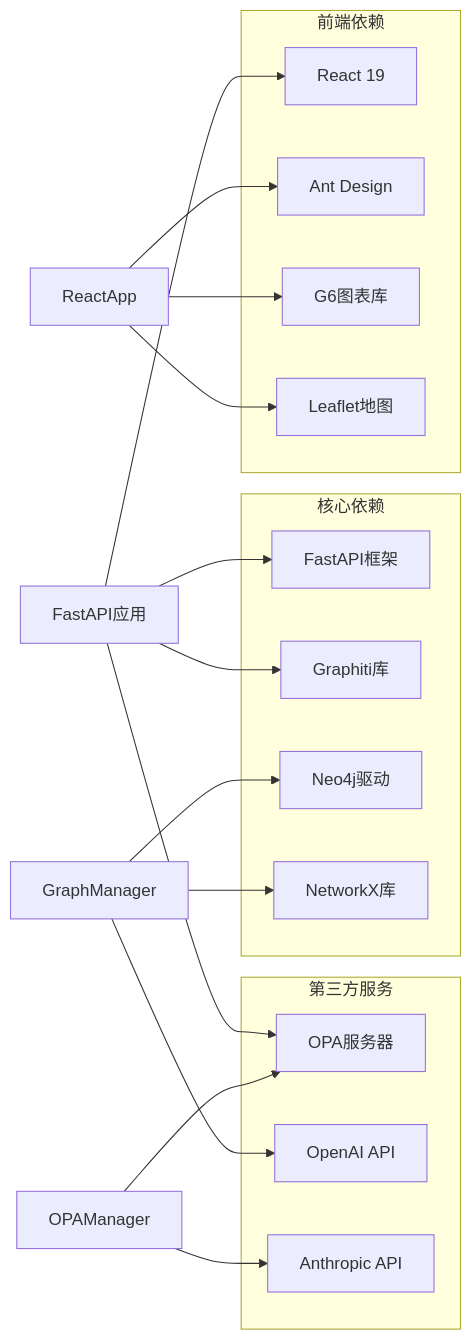
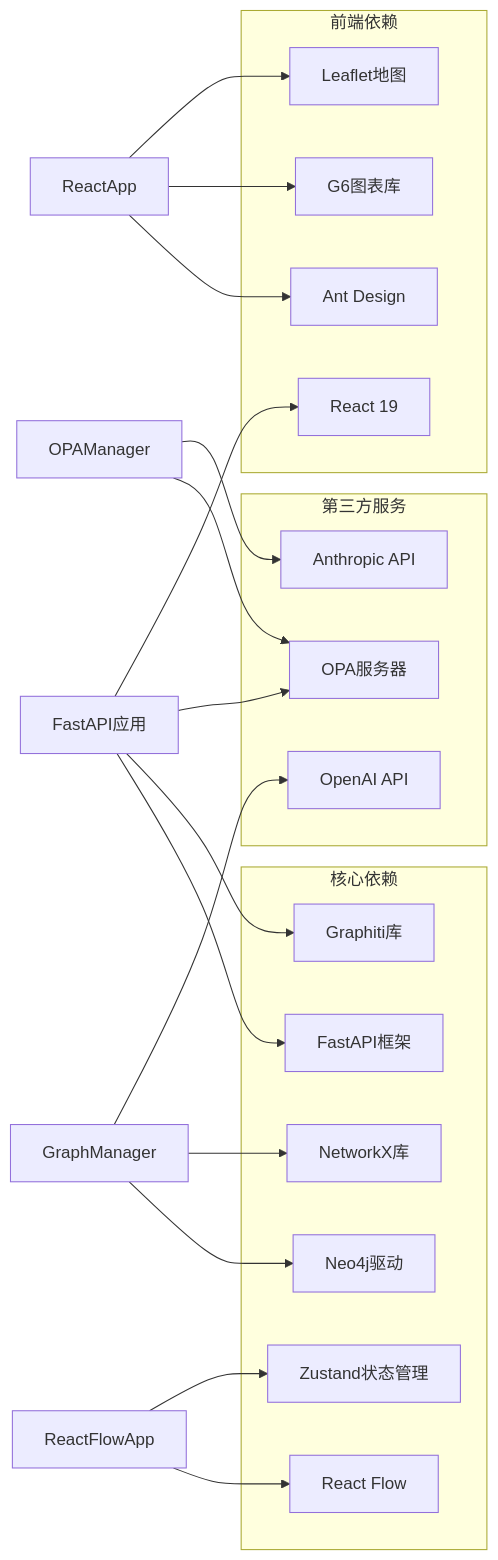
Diagram 11 of 11 in .qoder/repowiki/zh/content/核心模块/核心领域模块/本体管理系统/本体设计器系统.md (inier/ontology-graphiti), drawn with Mermaid before and after one commit. The commit also changed other lines of this file and 7 other files, not shown here.

First line of the commit message:
fix: 策略编辑器移除审计日志Tab + 业务规则归入语义地图

````diff
--- a/.qoder/repowiki/zh/content/核心模块/核心领域模块/本体管理系统/本体设计器系统.md
+++ b/.qoder/repowiki/zh/content/核心模块/核心领域模块/本体管理系统/本体设计器系统.md
@@ -325,32 +478,36 @@
 ```mermaid
 graph LR
 subgraph "核心依赖"
 FastAPI[FastAPI框架]
 Graphiti[Graphiti库]
 Neo4j[Neo4j驱动]
 NetworkX[NetworkX库]
+ReactFlow[React Flow]
+Zustand[Zustand状态管理]
 end
 subgraph "第三方服务"
 OPA[OPA服务器]
 OpenAI[OpenAI API]
 Anthropic[Anthropic API]
 end
 subgraph "前端依赖"
 React[React 19]
 AntD[Ant Design]
 G6[G6图表库]
 Leaflet[Leaflet地图]
 end
 odap_web_app[FastAPI应用] --> FastAPI
 odap_web_app --> Graphiti
 odap_web_app --> OPA
 odap_web_app --> React
 GraphManager --> Neo4j
 GraphManager --> NetworkX
 GraphManager --> OpenAI
 OPAManager --> OPA
 OPAManager --> Anthropic
 ReactApp --> AntD
 ReactApp --> G6
 ReactApp --> Leaflet
+ReactFlowApp --> ReactFlow
+ReactFlowApp --> Zustand
 ```
````
